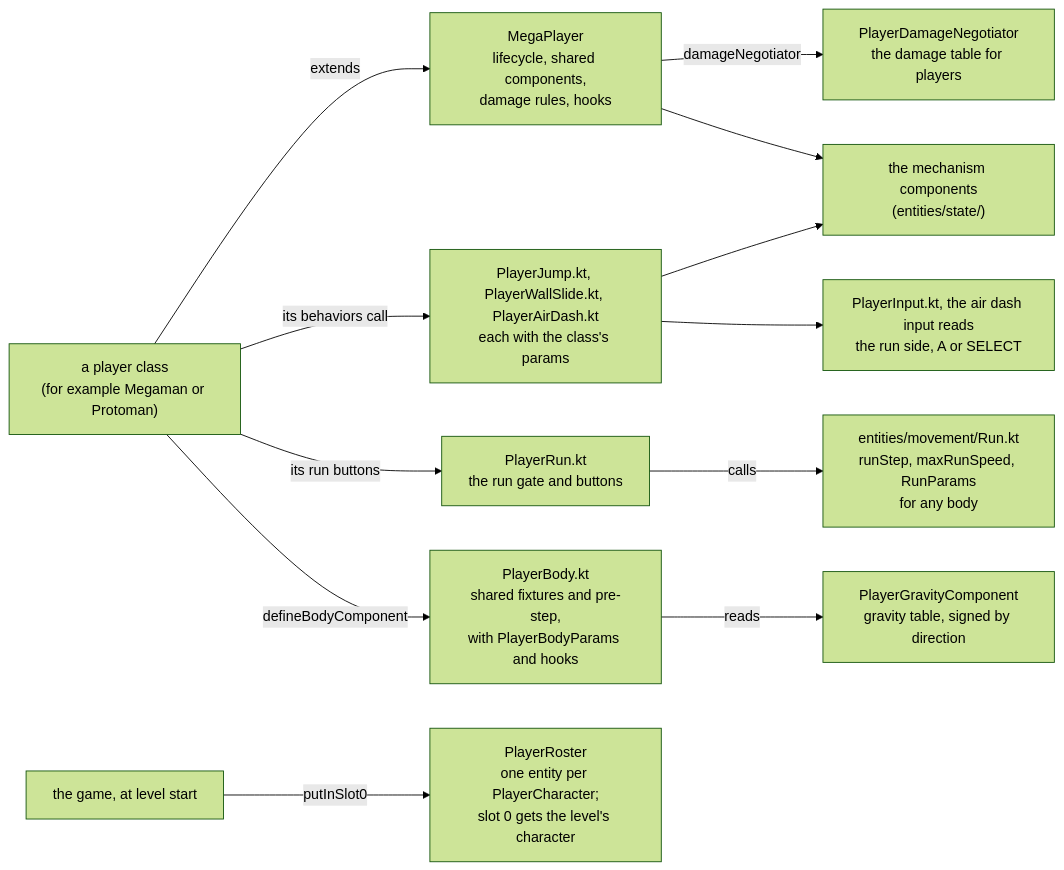
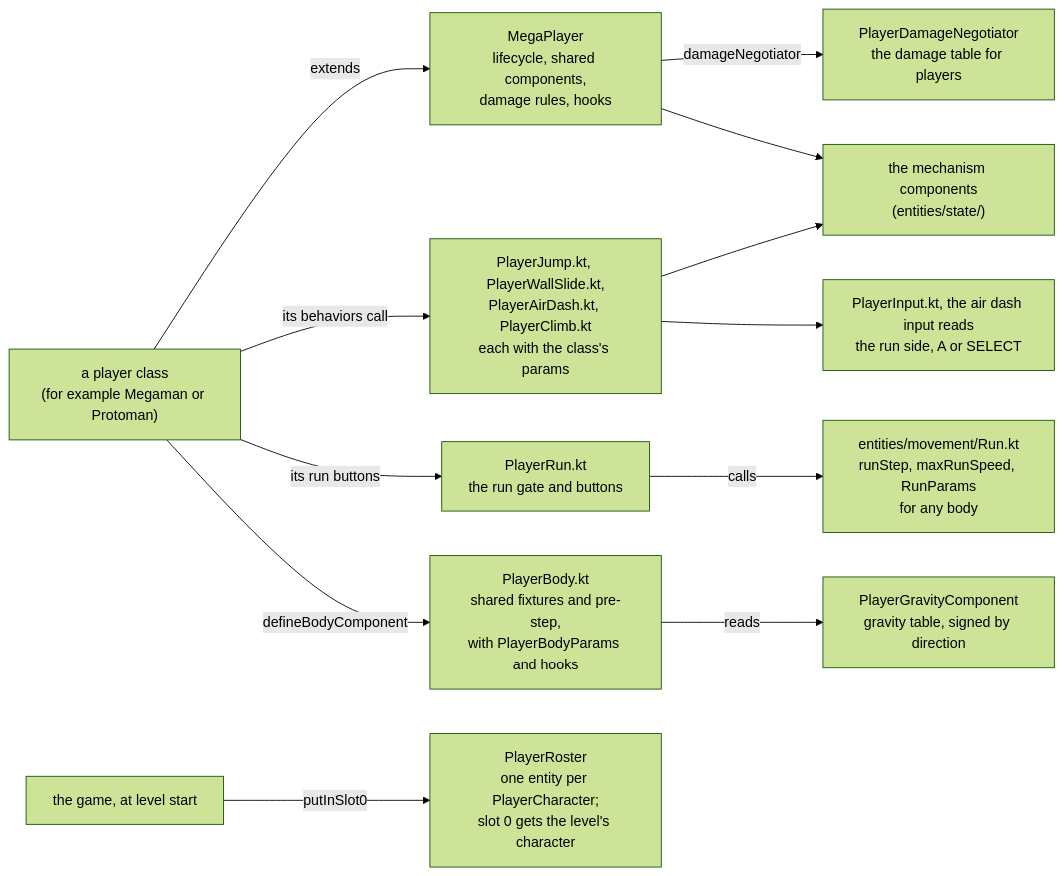
Before and after one commit to JohnLavender474/Megaman-Maverick: the first of 2 diagrams in core/src/main/kotlin/com/megaman/maverick/game/players/README.md, drawn with Mermaid (forest theme). The commit also changed other lines of this file and 24 other files, not shown here.

First line of the commit message:
081g: X's crouch, ladder and climb; Megaman's climb shared in players/PlayerClimb

````diff
--- a/core/src/main/kotlin/com/megaman/maverick/game/players/README.md
+++ b/core/src/main/kotlin/com/megaman/maverick/game/players/README.md
@@ -32,14 +32,14 @@
 ```mermaid
 flowchart LR
     Class["a player class<br/>(for example Megaman or Protoman)"] -- "extends" --> Base["MegaPlayer<br/>lifecycle, shared components,<br/>damage rules, hooks"]
     Base -- "damageNegotiator" --> Negotiator["PlayerDamageNegotiator<br/>the damage table for players"]
-    Class -- "its behaviors call" --> Moves["PlayerJump.kt, PlayerWallSlide.kt, PlayerAirDash.kt<br/>each with the class's params"]
+    Class -- "its behaviors call" --> Moves["PlayerJump.kt, PlayerWallSlide.kt,<br/>PlayerAirDash.kt, PlayerClimb.kt<br/>each with the class's params"]
     Class -- "its run buttons" --> Run["PlayerRun.kt<br/>the run gate and buttons"]
     Run -- "calls" --> Step["entities/movement/Run.kt<br/>runStep, maxRunSpeed, RunParams<br/>for any body"]
     Class -- "defineBodyComponent" --> Body["PlayerBody.kt<br/>shared fixtures and pre-step,<br/>with PlayerBodyParams and hooks"]
     Body -- "reads" --> Gravity["PlayerGravityComponent<br/>gravity table, signed by direction"]
     Moves --> Input["PlayerInput.kt, the air dash input reads<br/>the run side, A or SELECT"]
     Game["the game, at level start"] -- "putInSlot0" --> Roster["PlayerRoster<br/>one entity per PlayerCharacter;<br/>slot 0 gets the level's character"]
     Base --> State["the mechanism components<br/>(entities/state/)"]
     Moves --> State
 ```
````
